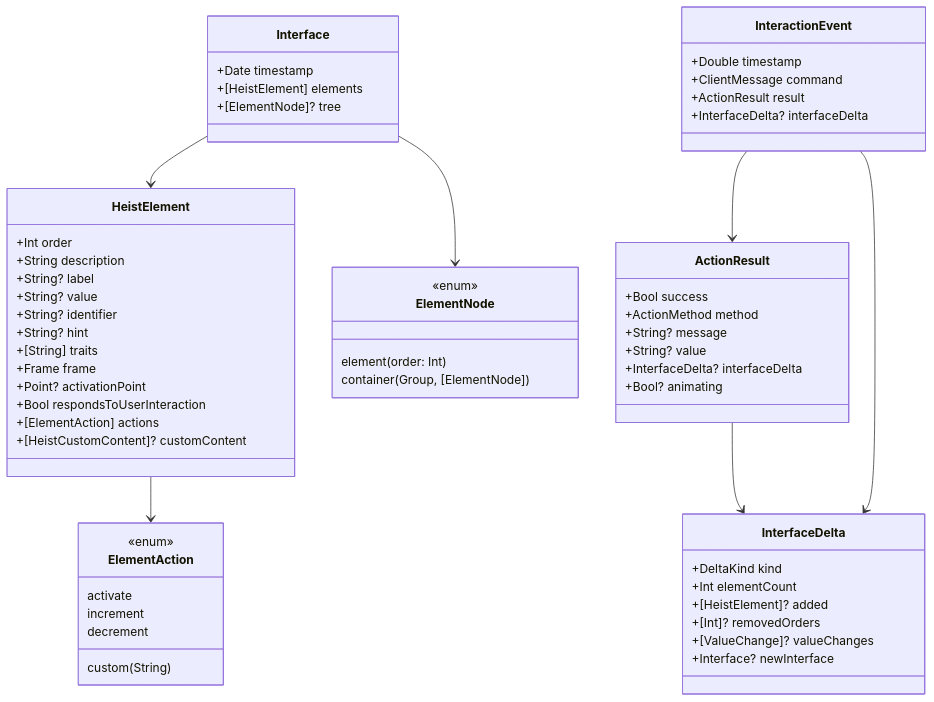
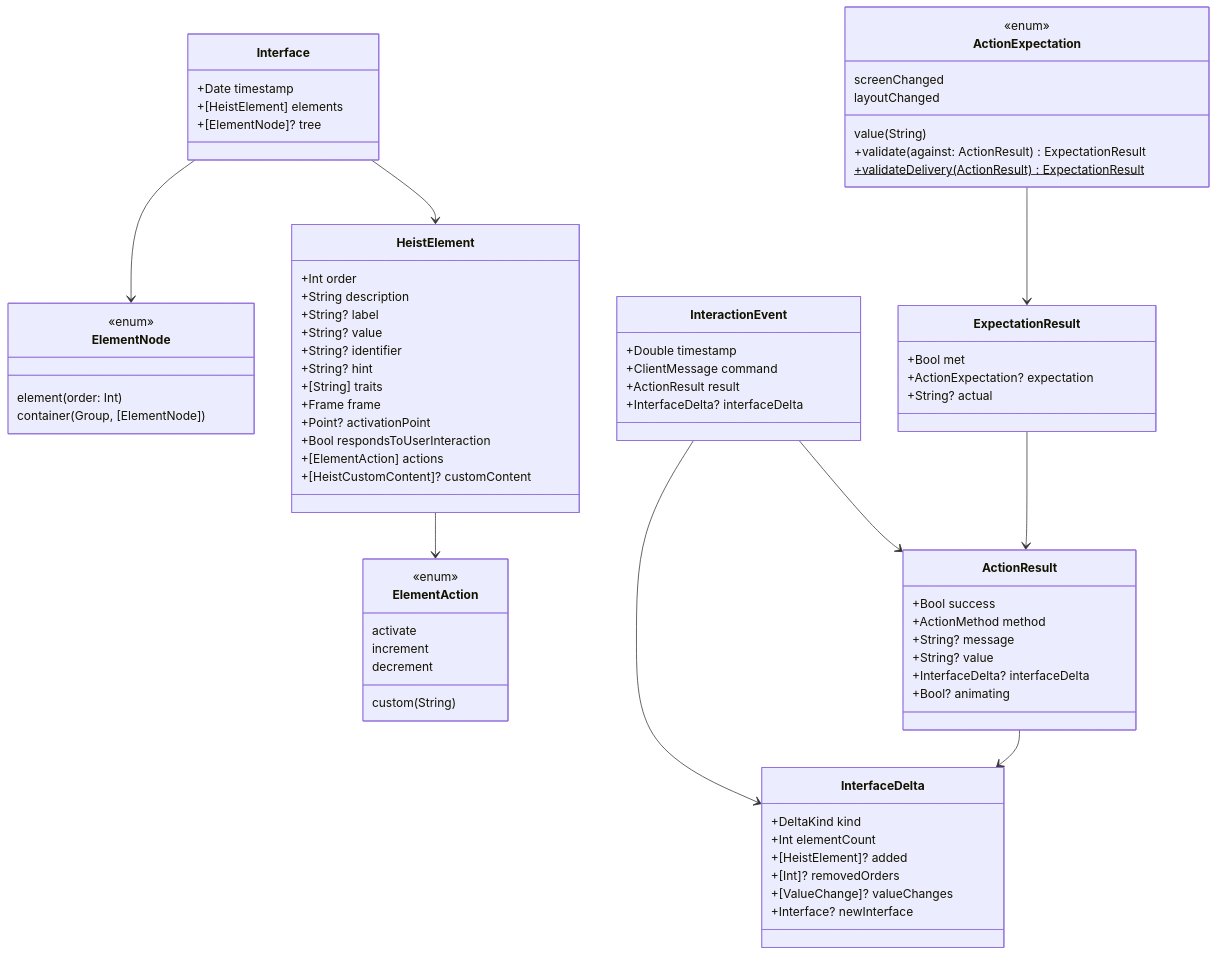
The third of 3 diagrams in docs/dossiers/01-THESCORE.md (RoyalPineapple/TheButtonHeist), drawn with Mermaid before and after one commit. The commit also changed other lines of this file and 17 other files, not shown here.

````diff
--- a/docs/dossiers/01-THESCORE.md
+++ b/docs/dossiers/01-THESCORE.md
@@ -151,4 +152,22 @@
 
     InteractionEvent --> ActionResult
     InteractionEvent --> InterfaceDelta
+
+    class ActionExpectation {
+        <<enum>>
+        value(String)
+        screenChanged
+        layoutChanged
+        +validate(against: ActionResult) ExpectationResult
+        +validateDelivery(ActionResult)$ ExpectationResult
+    }
+
+    class ExpectationResult {
+        +Bool met
+        +ActionExpectation? expectation
+        +String? actual
+    }
+
+    ActionExpectation --> ExpectationResult
+    ExpectationResult --> ActionResult
 ```
````
